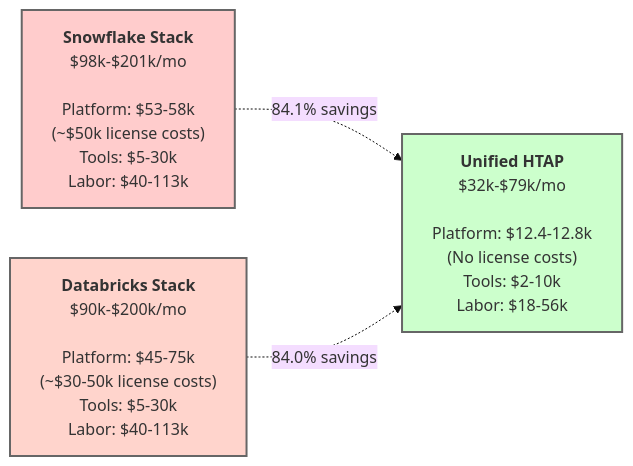
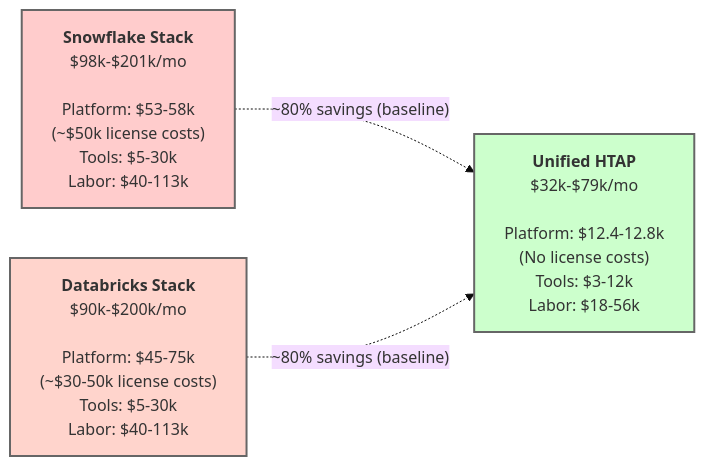
The second of 2 diagrams in docs/TCO-Comparisons.md (thelastpickle/open-htap-stack), drawn with Mermaid before and after one commit. The commit also changed other lines of this file and 5 other files, not shown here.

````diff
--- a/docs/TCO-Comparisons.md
+++ b/docs/TCO-Comparisons.md
@@ -509,16 +612,16 @@
 ```mermaid
 %%{init: {'theme':'base'}}%%
 graph LR
     SF["<b>Snowflake Stack</b><br/>$98k-$201k/mo<br/><br/> Platform: $53-58k<br/>(~$50k license costs)<br/> Tools: $5-30k<br/>Labor: $40-113k"]
-    
-    HTAP["<b>Unified HTAP</b><br/>$32k-$79k/mo<br/><br/> Platform: $12.4-12.8k<br/>(No license costs)<br/> Tools: $2-10k<br/>Labor: $18-56k"]
-    
+
+    HTAP["<b>Unified HTAP</b><br/>$32k-$79k/mo<br/><br/> Platform: $12.4-12.8k<br/>(No license costs)<br/> Tools: $3-12k<br/>Labor: $18-56k"]
+
     DB["<b>Databricks Stack</b><br/>$90k-$200k/mo<br/><br/> Platform: $45-75k<br/>(~$30-50k license costs)<br/> Tools: $5-30k<br/>Labor: $40-113k"]
-    
-    SF -.->|"84.1% savings"| HTAP
-    DB -.->|"84.0% savings"| HTAP
-    
+
+    SF -.->|"~80% savings (baseline)"| HTAP
+    DB -.->|"~80% savings (baseline)"| HTAP
+
     style SF fill:#ffcccc,stroke:#666,stroke-width:2px
     style HTAP fill:#ccffcc,stroke:#666,stroke-width:2px
     style DB fill:#ffd4cc,stroke:#666,stroke-width:2px
 ```
````
